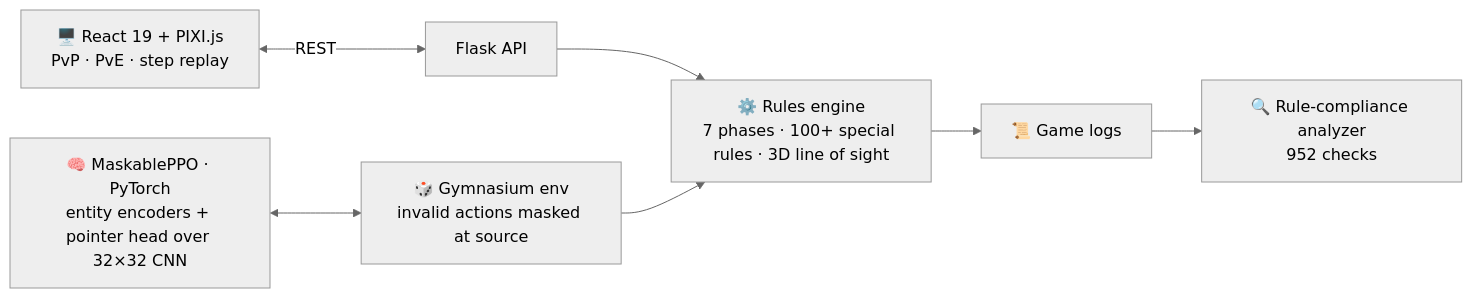
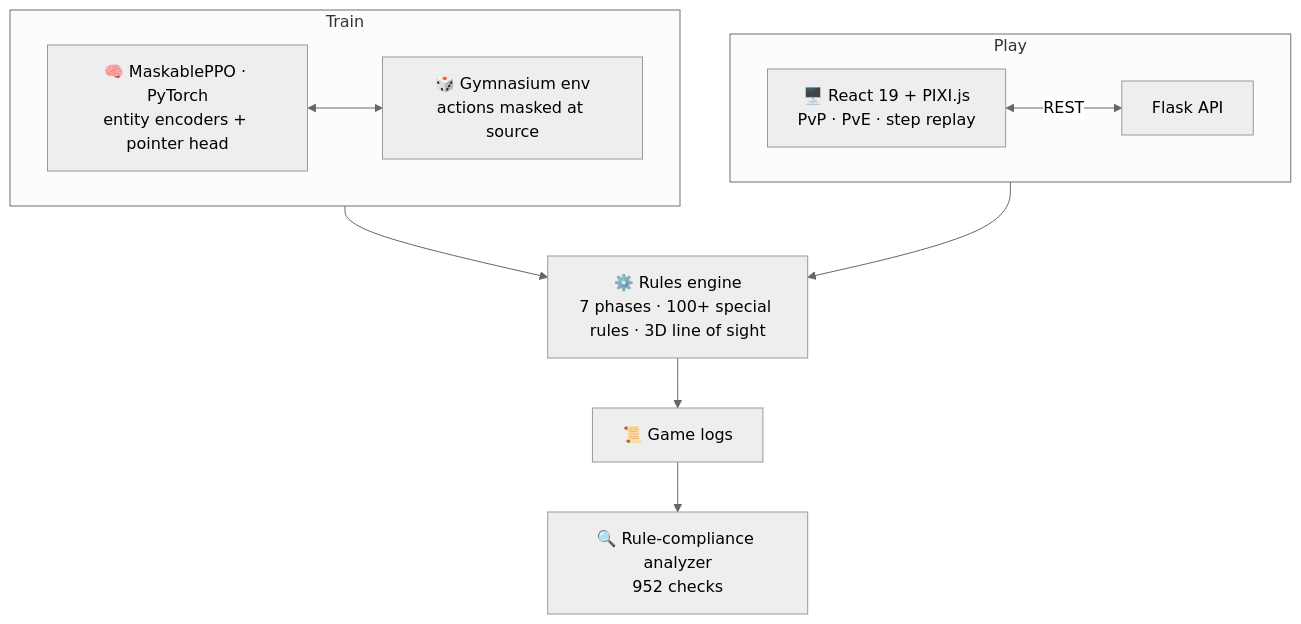
One commit to GregSQT/GregSQT changed the diagram in README.md. Above: the diagram before and after it, drawn with Mermaid (neutral theme). The commit also changed other lines of this file, not shown here.

Commit message:
Revise flowchart and clean up README content
Updated flowchart structure and removed GitHub stats images.

````diff
--- a/README.md
+++ b/README.md
@@ -37,9 +37,14 @@
 ```mermaid
-flowchart LR
-  UI["🖥️ React 19 + PIXI.js<br/>PvP · PvE · step replay"] <-->|REST| API["Flask API"]
+flowchart TB
+  subgraph PLAY[" Play "]
+    direction LR
+    UI["🖥️ React 19 + PIXI.js<br/>PvP · PvE · step replay"] <-->|REST| API["Flask API"]
+  end
+  subgraph TRAIN[" Train "]
+    direction LR
+    PPO["🧠 MaskablePPO · PyTorch<br/>entity encoders + pointer head"] <--> GYM["🎲 Gymnasium env<br/>actions masked at source"]
+  end
   API --> ENGINE["⚙️ Rules engine<br/>7 phases · 100+ special rules · 3D line of sight"]
-  GYM["🎲 Gymnasium env<br/>invalid actions masked at source"] --> ENGINE
-  PPO["🧠 MaskablePPO · PyTorch<br/>entity encoders + pointer head over 32×32 CNN"] <--> GYM
-  ENGINE --> LOGS["📜 Game logs"]
-  LOGS --> ANALYZER["🔍 Rule-compliance analyzer<br/>952 checks"]
+  GYM --> ENGINE
+  ENGINE --> LOGS["📜 Game logs"] --> ANALYZER["🔍 Rule-compliance analyzer<br/>952 checks"]
 ```
````
